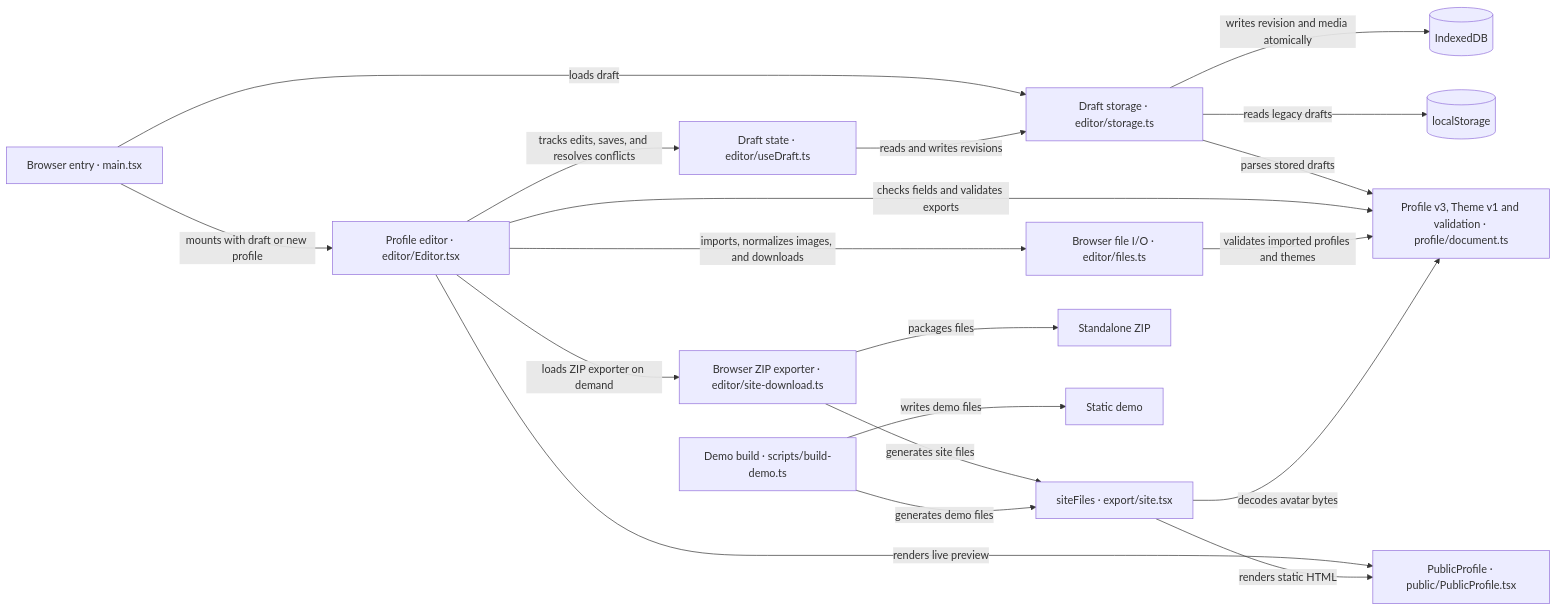
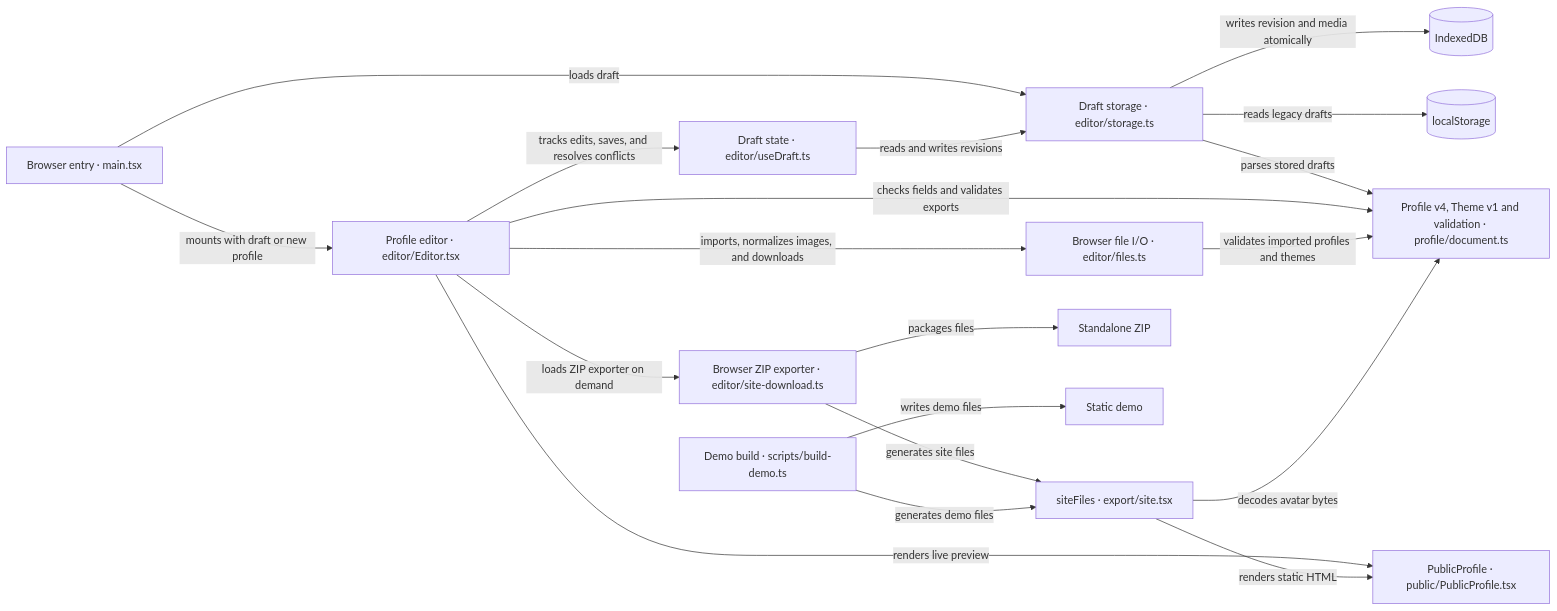
The diagram in ARCHITECTURE.md (sinzbtw/rvnce), drawn with Mermaid before and after one commit. The commit also changed other lines of this file and 27 other files, not shown here.

````diff
--- a/ARCHITECTURE.md
+++ b/ARCHITECTURE.md
@@ -7,21 +7,21 @@
 ```mermaid
 flowchart LR
     Entry["Browser entry · main.tsx"] -->|"loads draft"| Draft["Draft storage · editor/storage.ts"]
     Entry -->|"mounts with draft or new profile"| Editor["Profile editor · editor/Editor.tsx"]
     Editor -->|"tracks edits, saves, and resolves conflicts"| DraftSession["Draft state · editor/useDraft.ts"]
     DraftSession -->|"reads and writes revisions"| Draft
     Draft -->|"writes revision and media atomically"| Local[("IndexedDB")]
     Draft -->|"reads legacy drafts"| Legacy[("localStorage")]
-    Draft -->|"parses stored drafts"| Profile["Profile v3, Theme v1 and validation · profile/document.ts"]
+    Draft -->|"parses stored drafts"| Profile["Profile v4, Theme v1 and validation · profile/document.ts"]
     Editor -->|"checks fields and validates exports"| Profile
     Editor -->|"imports, normalizes images, and downloads"| Files["Browser file I/O · editor/files.ts"]
     Files -->|"validates imported profiles and themes"| Profile
     Editor -->|"renders live preview"| Render["PublicProfile · public/PublicProfile.tsx"]
     Editor -->|"loads ZIP exporter on demand"| Zip["Browser ZIP exporter · editor/site-download.ts"]
     Zip -->|"generates site files"| Site["siteFiles · export/site.tsx"]
     Site -->|"decodes avatar bytes"| Profile
     Site -->|"renders static HTML"| Render
     Zip -->|"packages files"| Archive["Standalone ZIP"]
     Build["Demo build · scripts/build-demo.ts"] -->|"generates demo files"| Site
     Build -->|"writes demo files"| Demo["Static demo"]
 ```
````
